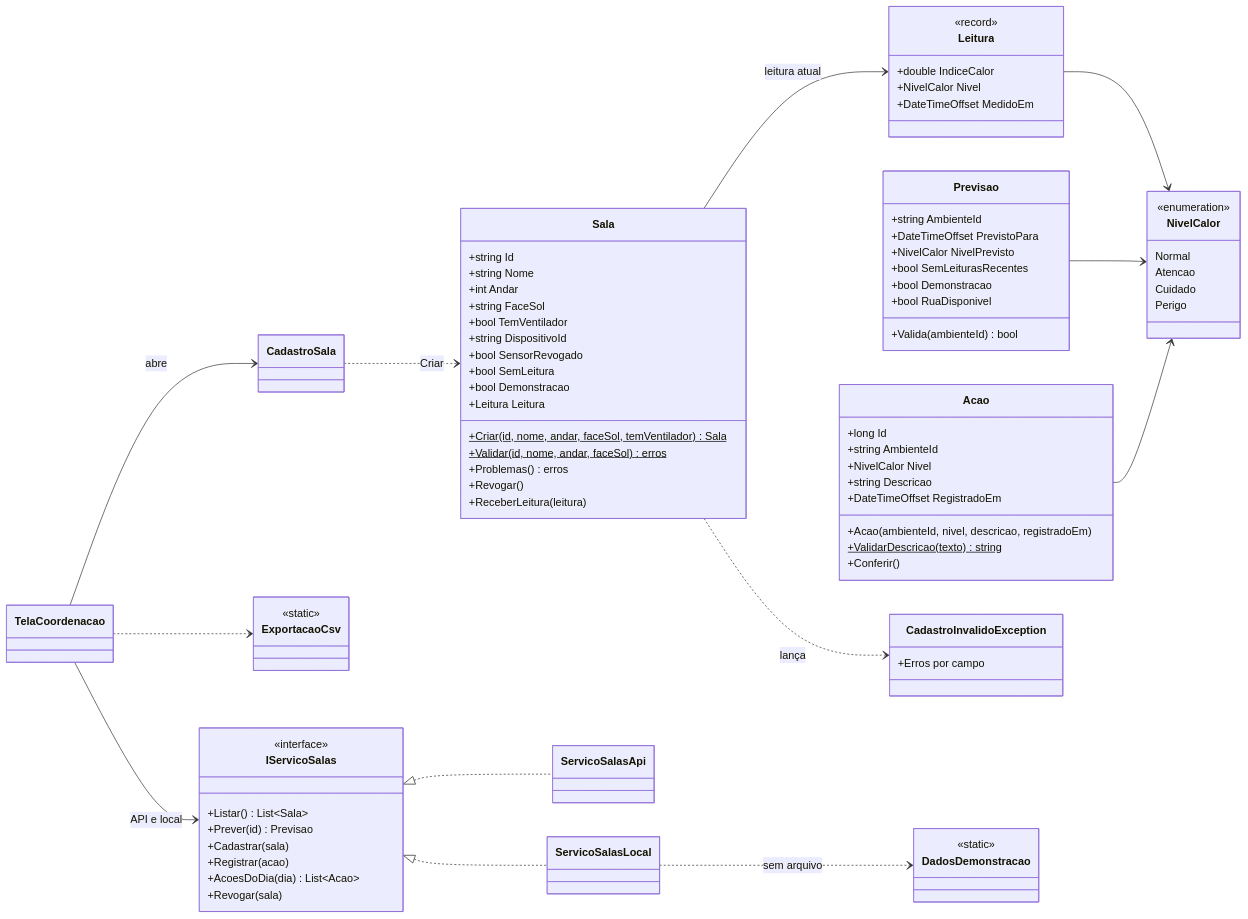
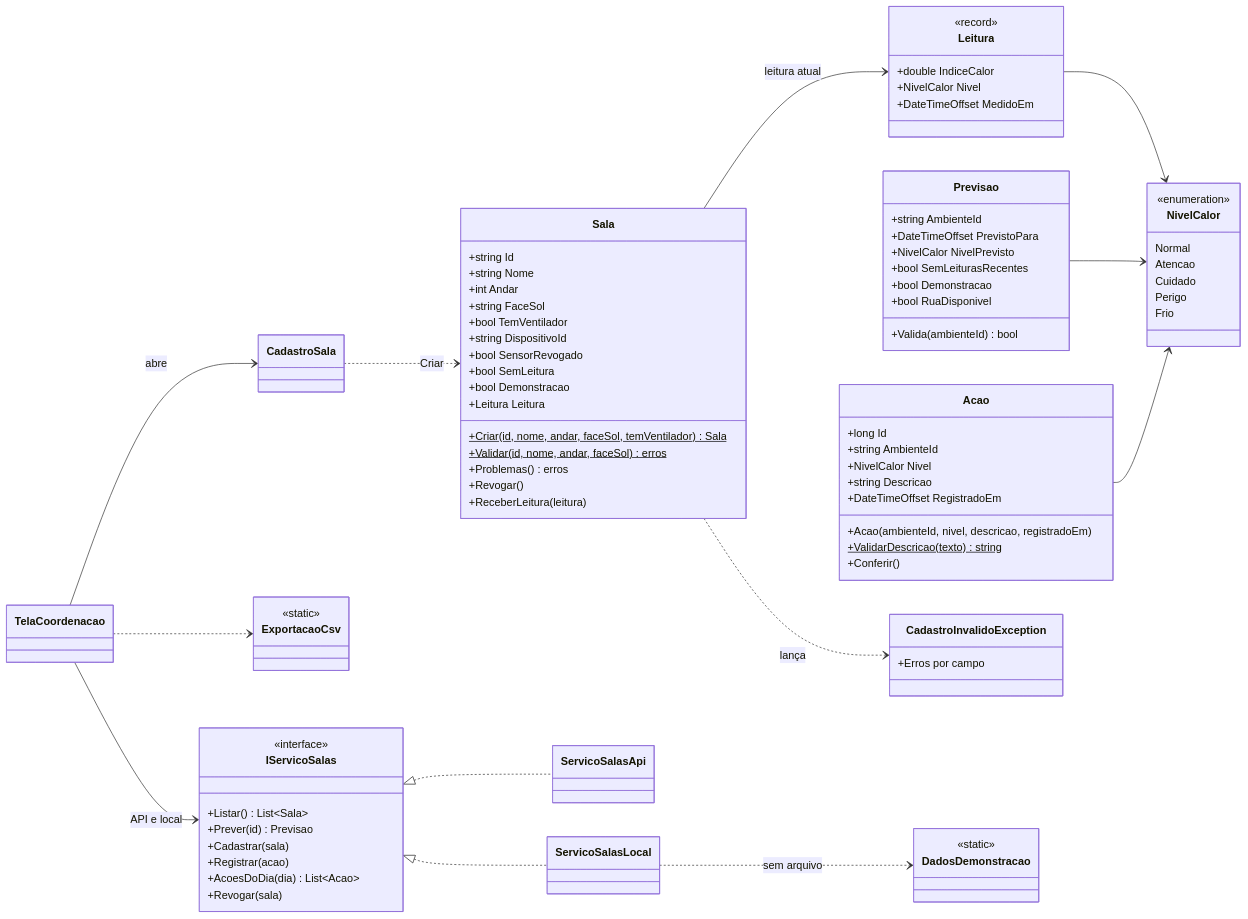
Before and after one commit to sbaecker2005/termometro-da-sala: the diagram in desktop/README.md, drawn with Mermaid. The commit also changed other lines of this file and 52 other files, not shown here.

```diff
--- a/desktop/README.md
+++ b/desktop/README.md
@@ -137,6 +140,7 @@
         Atencao
         Cuidado
         Perigo
+          Frio
     }
     class Sala {
         +string Id
```
